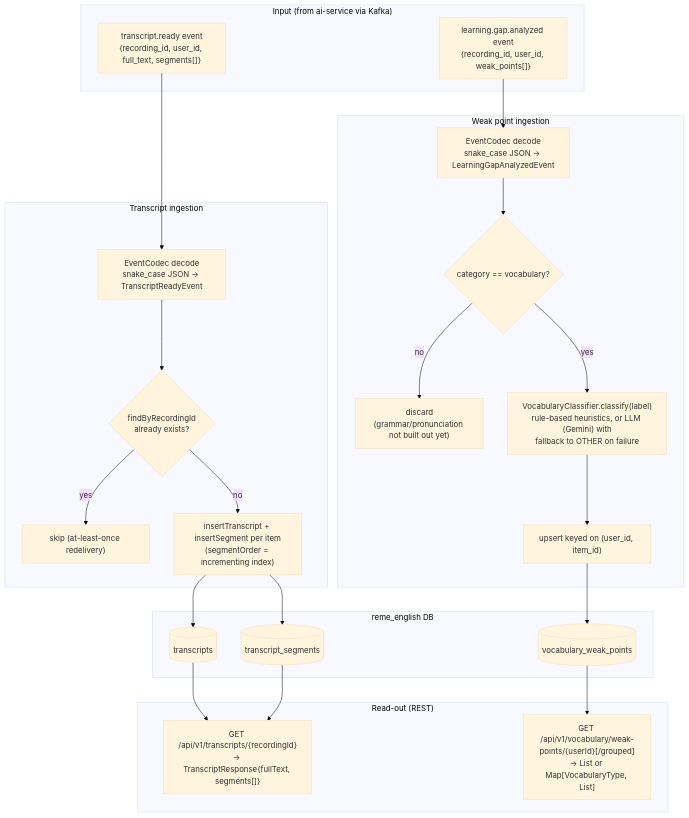
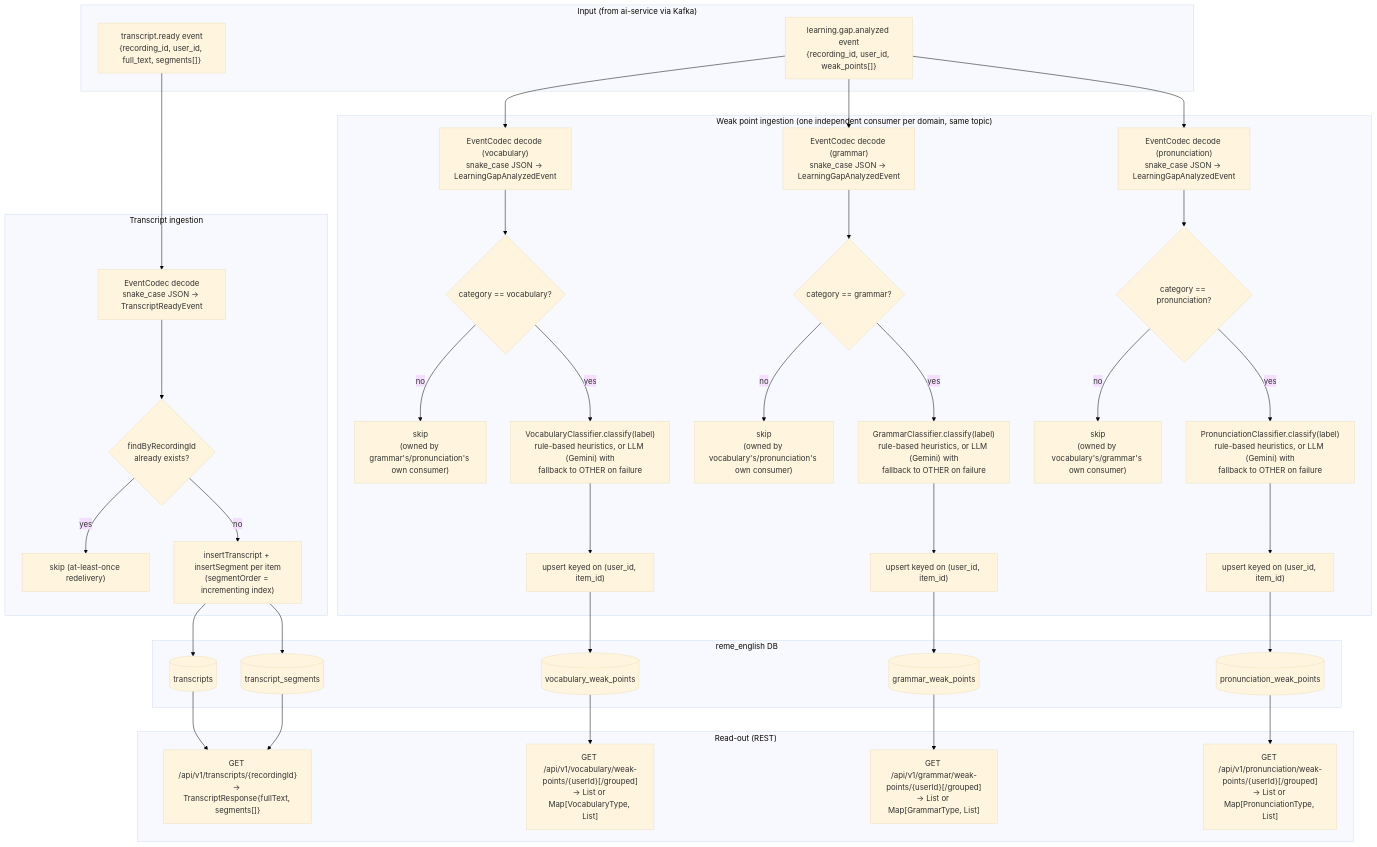
Before and after one commit to CuongNguyen13/RemeLearning: the diagram in docs/flow/english-service-data-flow.md, drawn with Mermaid. The commit also changed other lines of this file and 173 other files, not shown here.

````diff
--- a/docs/flow/english-service-data-flow.md
+++ b/docs/flow/english-service-data-flow.md
@@ -25,23 +27,39 @@
         Insert1["insertTranscript + insertSegment per item<br/>(segmentOrder = incrementing index)"]
     end
 
-    subgraph WeakPointFlow["Weak point ingestion"]
-        Decode2["EventCodec decode<br/>snake_case JSON -> LearningGapAnalyzedEvent"]
-        Filter{"category == vocabulary?"}
-        Discard["discard<br/>(grammar/pronunciation not built out yet)"]
-        Classify["VocabularyClassifier.classify(label)<br/>rule-based heuristics, or LLM (Gemini) with<br/>fallback to OTHER on failure"]
-        Upsert["upsert keyed on (user_id, item_id)"]
+    subgraph WeakPointFlow["Weak point ingestion (one independent consumer per domain, same topic)"]
+        Decode2V["EventCodec decode (vocabulary)<br/>snake_case JSON -> LearningGapAnalyzedEvent"]
+        FilterV{"category == vocabulary?"}
+        DiscardV["skip<br/>(owned by grammar's/pronunciation's own consumer)"]
+        ClassifyV["VocabularyClassifier.classify(label)<br/>rule-based heuristics, or LLM (Gemini) with<br/>fallback to OTHER on failure"]
+        UpsertV["upsert keyed on (user_id, item_id)"]
+
+        Decode2G["EventCodec decode (grammar)<br/>snake_case JSON -> LearningGapAnalyzedEvent"]
+        FilterG{"category == grammar?"}
+        DiscardG["skip<br/>(owned by vocabulary's/pronunciation's own consumer)"]
+        ClassifyG["GrammarClassifier.classify(label)<br/>rule-based heuristics, or LLM (Gemini) with<br/>fallback to OTHER on failure"]
+        UpsertG["upsert keyed on (user_id, item_id)"]
+
+        Decode2P["EventCodec decode (pronunciation)<br/>snake_case JSON -> LearningGapAnalyzedEvent"]
+        FilterP{"category == pronunciation?"}
+        DiscardP["skip<br/>(owned by vocabulary's/grammar's own consumer)"]
+        ClassifyP["PronunciationClassifier.classify(label)<br/>rule-based heuristics, or LLM (Gemini) with<br/>fallback to OTHER on failure"]
+        UpsertP["upsert keyed on (user_id, item_id)"]
     end
 
     subgraph Storage["reme_english DB"]
         T1[("transcripts")]
         T2[("transcript_segments")]
         T3[("vocabulary_weak_points")]
+        T4[("grammar_weak_points")]
+        T5[("pronunciation_weak_points")]
     end
 
     subgraph ReadOut["Read-out (REST)"]
         GetTranscript["GET /api/v1/transcripts/{recordingId}<br/>-> TranscriptResponse{fullText, segments[]}"]
-        GetWeak["GET /api/v1/vocabulary/weak-points/{userId}[/grouped]<br/>-> List or Map[VocabularyType, List]"]
+        GetWeakV["GET /api/v1/vocabulary/weak-points/{userId}[/grouped]<br/>-> List or Map[VocabularyType, List]"]
+        GetWeakG["GET /api/v1/grammar/weak-points/{userId}[/grouped]<br/>-> List or Map[GrammarType, List]"]
+        GetWeakP["GET /api/v1/pronunciation/weak-points/{userId}[/grouped]<br/>-> List or Map[PronunciationType, List]"]
     end
 
     TREvent --> Decode1 --> Idem1
@@ -50,13 +68,27 @@
     Insert1 --> T1
     Insert1 --> T2
 
-    LGAEvent --> Decode2 --> Filter
-    Filter -->|no| Discard
-    Filter -->|yes| Classify
-    Classify --> Upsert
-    Upsert --> T3
+    LGAEvent --> Decode2V --> FilterV
+    FilterV -->|no| DiscardV
+    FilterV -->|yes| ClassifyV
+    ClassifyV --> UpsertV
+    UpsertV --> T3
+
+    LGAEvent --> Decode2G --> FilterG
+    FilterG -->|no| DiscardG
+    FilterG -->|yes| ClassifyG
+    ClassifyG --> UpsertG
+    UpsertG --> T4
+
+    LGAEvent --> Decode2P --> FilterP
+    FilterP -->|no| DiscardP
+    FilterP -->|yes| ClassifyP
+    ClassifyP --> UpsertP
+    UpsertP --> T5
 
     T1 --> GetTranscript
     T2 --> GetTranscript
-    T3 --> GetWeak
+    T3 --> GetWeakV
+    T4 --> GetWeakG
+    T5 --> GetWeakP
 ```
````
